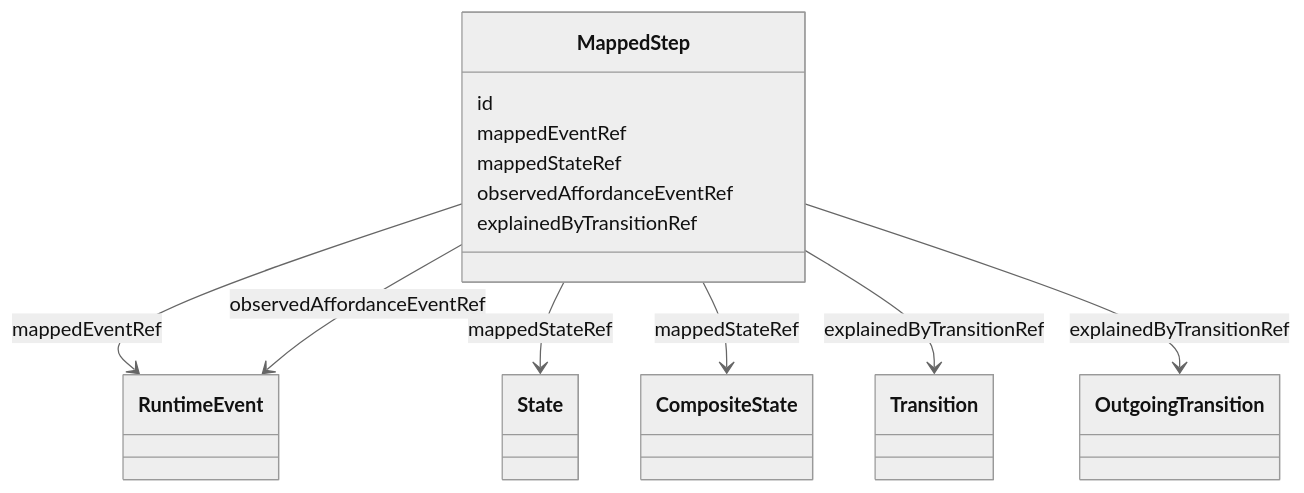
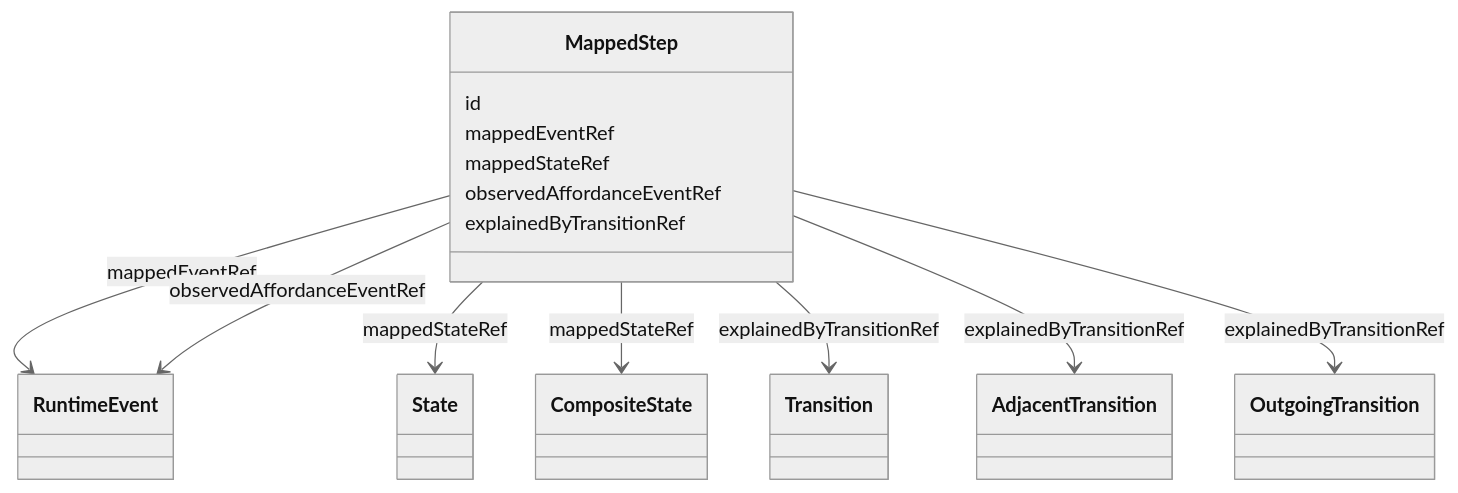
The second of 3 diagrams in specs/ed/mapping/index.md (openuji/spec-ujg), drawn with Mermaid (neutral theme) before and after one commit. The commit also changed other lines of this file and 29 other files, not shown here.

Commit message:
introduce AdjacentTransition

````diff
--- a/specs/ed/mapping/index.md
+++ b/specs/ed/mapping/index.md
@@ -105,21 +105,23 @@
 ```mermaid
 classDiagram
   class RuntimeEvent
   class State
   class CompositeState
   class Transition
+  class AdjacentTransition
   class OutgoingTransition
   class MappedStep {
     id
     mappedEventRef
     mappedStateRef
     observedAffordanceEventRef
     explainedByTransitionRef
   }
   MappedStep --> RuntimeEvent : mappedEventRef
   MappedStep --> RuntimeEvent : observedAffordanceEventRef
   MappedStep --> State : mappedStateRef
   MappedStep --> CompositeState : mappedStateRef
   MappedStep --> Transition : explainedByTransitionRef
+  MappedStep --> AdjacentTransition : explainedByTransitionRef
   MappedStep --> OutgoingTransition : explainedByTransitionRef
 ```
````
